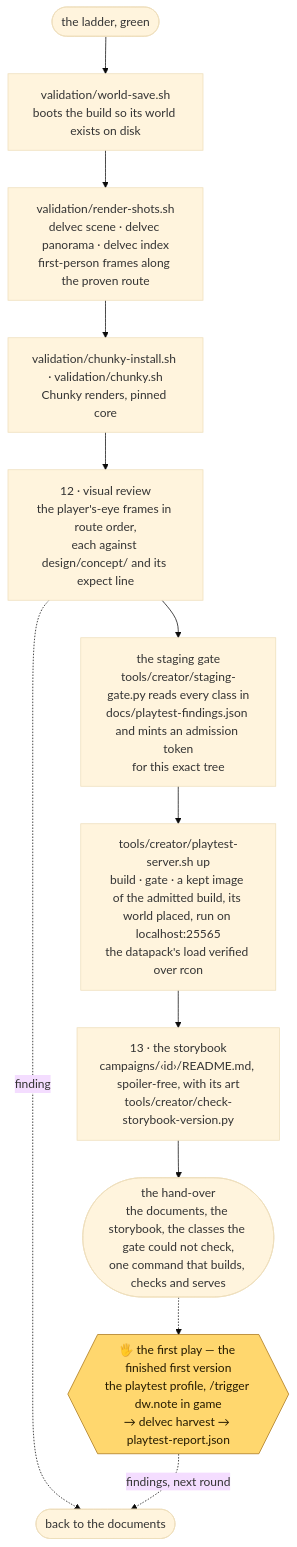
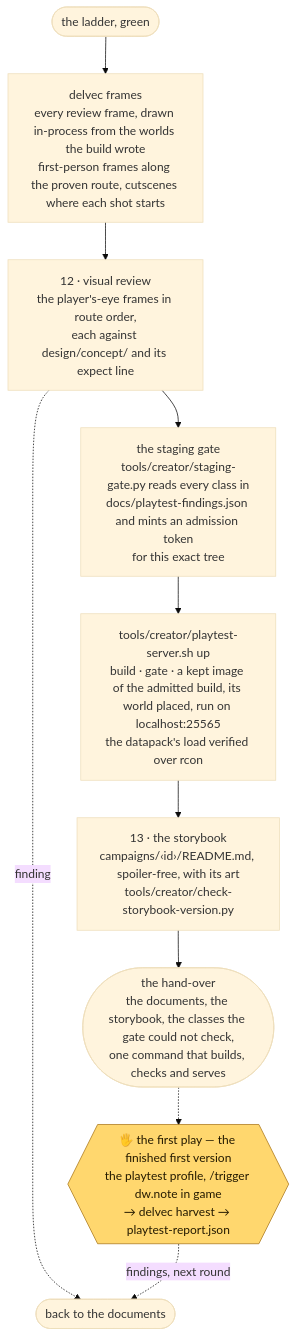
The sixth of 9 diagrams in docs/how-it-works.md (stellarfeline/delvewright), drawn with Mermaid (base theme) before and after one commit. The commit also changed other lines of this file and 42 other files, not shown here.

````diff
--- a/docs/how-it-works.md
+++ b/docs/how-it-works.md
@@ -140,16 +140,14 @@
 ```mermaid
 flowchart TD
-    G(["the ladder, green"]) --> WS2["validation/world-save.sh<br/>boots the build so its world exists on disk"]
-    WS2 --> RS["validation/render-shots.sh<br/>delvec scene · delvec panorama · delvec index<br/>first-person frames along the proven route"]
-    RS --> CK["validation/chunky-install.sh · validation/chunky.sh<br/>Chunky renders, pinned core"]
-    CK --> VR["12 · visual review<br/>the player's-eye frames in route order,<br/>each against design/concept/ and its expect line"]
+    G(["the ladder, green"]) --> RS["delvec frames<br/>every review frame, drawn in-process from the worlds the build wrote<br/>first-person frames along the proven route, cutscenes where each shot starts"]
+    RS --> VR["12 · visual review<br/>the player's-eye frames in route order,<br/>each against design/concept/ and its expect line"]
     VR -.->|"finding"| BACK(["back to the documents"])
     VR --> SG["the staging gate<br/>tools/creator/staging-gate.py reads every class in<br/>docs/playtest-findings.json and mints an admission token<br/>for this exact tree"]
     SG --> UP["tools/creator/playtest-server.sh up<br/>build · gate · a kept image of the admitted build, its world placed, run on localhost:25565<br/>the datapack's load verified over rcon"]
     UP --> HO["13 · the storybook<br/>campaigns/‹id›/README.md, spoiler-free, with its art<br/>tools/creator/check-storybook-version.py"]
     HO --> OUT(["the hand-over<br/>the documents, the storybook, the classes the gate could not check,<br/>one command that builds, checks and serves"])
     OUT -.-> PLAY{{"🖐 the first play — the finished first version<br/>the playtest profile, /trigger dw.note in game<br/>→ delvec harvest → playtest-report.json"}}:::human
     PLAY -.->|"findings, next round"| BACK
 
     classDef human fill:#ffd76e,stroke:#a9761a,color:#241a00
 ```
````
